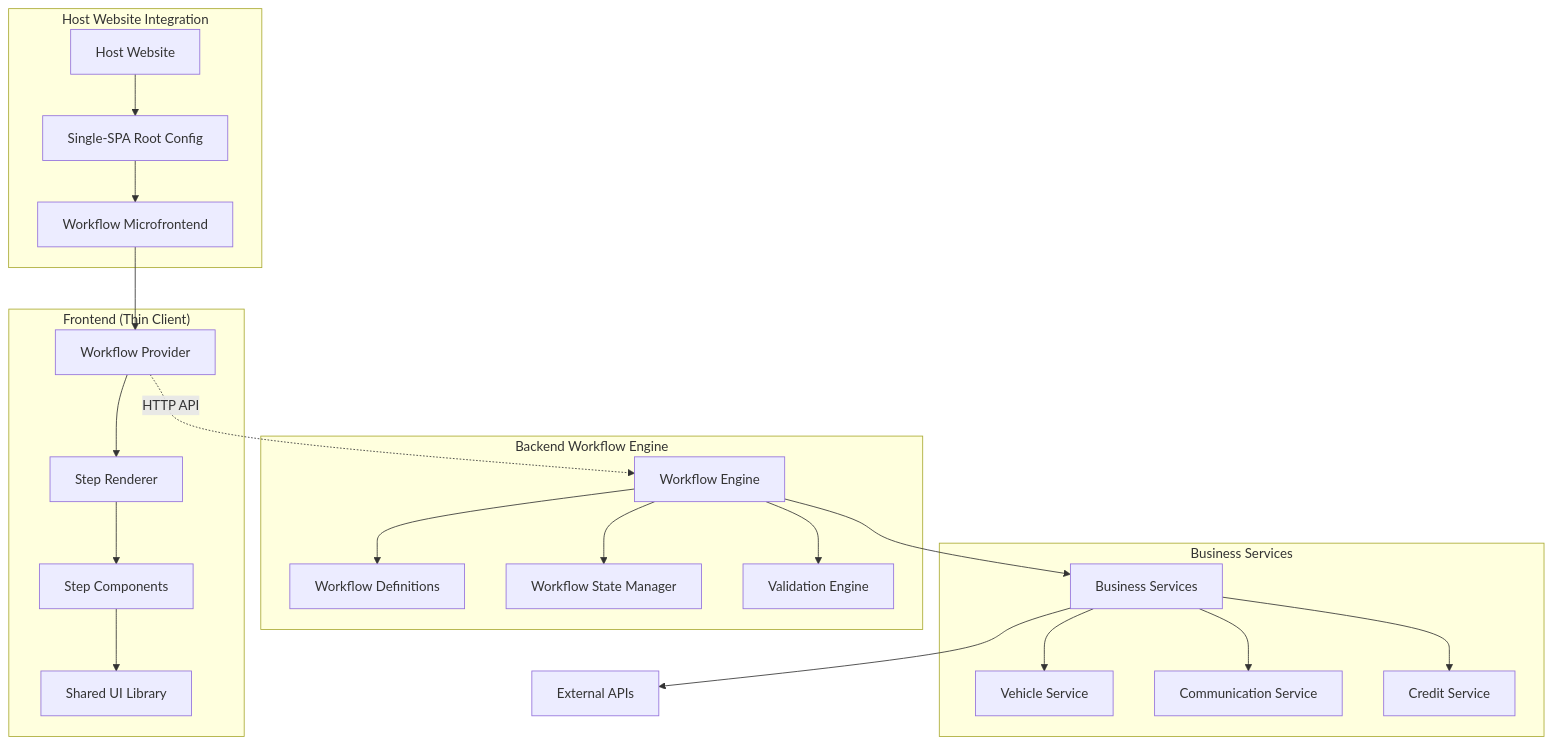
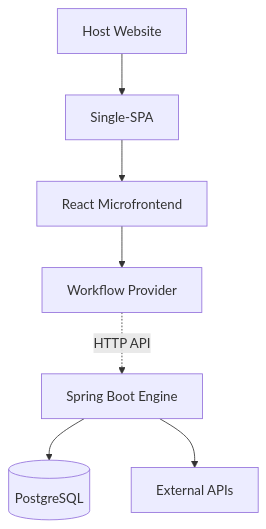
One commit to Stokoloko89/t_rex_simplified changed the diagram in T-Rex_Microfrontend_Presentation.md. Above: the diagram before and after it, drawn with Mermaid. The commit also changed other lines of this file and 7 other files, not shown here.

````diff
--- a/T-Rex_Microfrontend_Presentation.md
+++ b/T-Rex_Microfrontend_Presentation.md
@@ -85,30 +59,9 @@
 ```mermaid
 graph TB
-    subgraph "Host Website Integration"
-        HW[Host Website] --> RC[Single-SPA Root Config]
-        RC --> MF[Workflow Microfrontend]
-    end
-    
-    subgraph "Frontend (Thin Client)"
-        MF --> WP[Workflow Provider]
-        WP --> SR[Step Renderer]
-        SR --> SC[Step Components]
-        SC --> SUI[Shared UI Library]
-    end
-    
-    subgraph "Backend Workflow Engine"
-        WE[Workflow Engine] --> WD[Workflow Definitions]
-        WE --> WS[Workflow State Manager]
-        WE --> VE[Validation Engine]
-    end
-    
-    subgraph "Business Services"
-        BS[Business Services] --> VS[Vehicle Service]
-        BS --> CS[Communication Service]
-        BS --> CRS[Credit Service]
-    end
-    
-    WP -.->|HTTP API| WE
-    WE --> BS
-    BS --> EXT[External APIs]
+    HW[Host Website] --> RC[Single-SPA]
+    RC --> MF[React Microfrontend]
+    MF --> WP[Workflow Provider]
+    WP -.->|HTTP API| WE[Spring Boot Engine]
+    WE --> DB[(PostgreSQL)]
+    WE --> EXT[External APIs]
 ```
````
